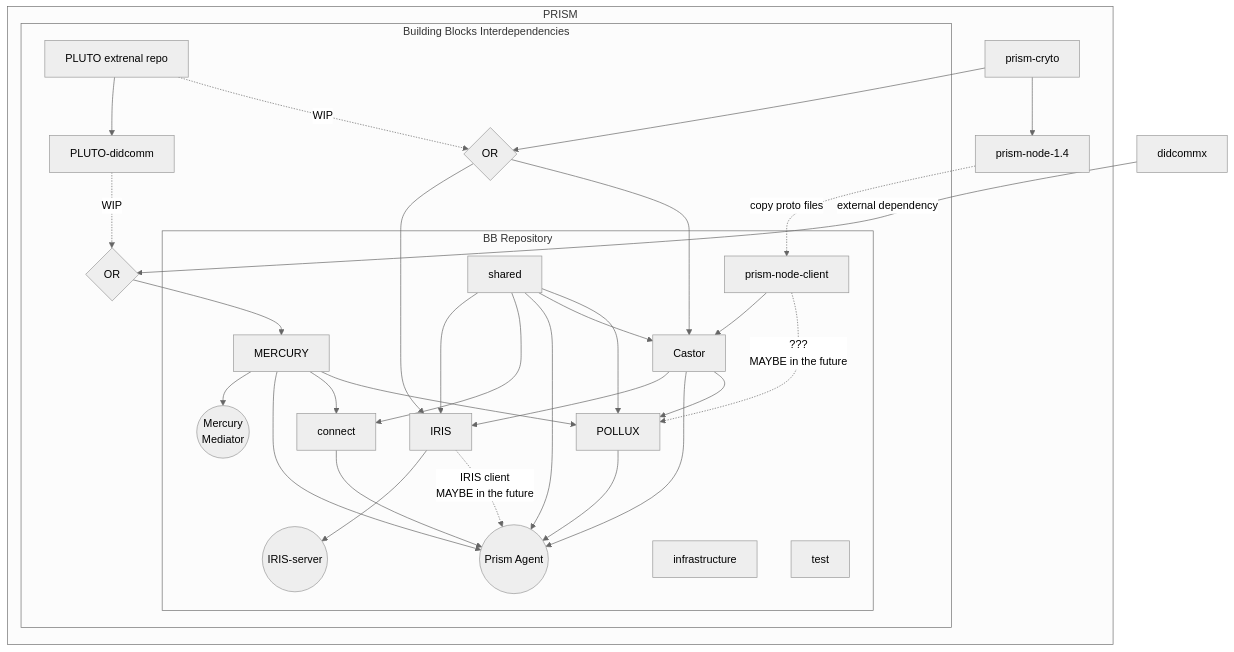
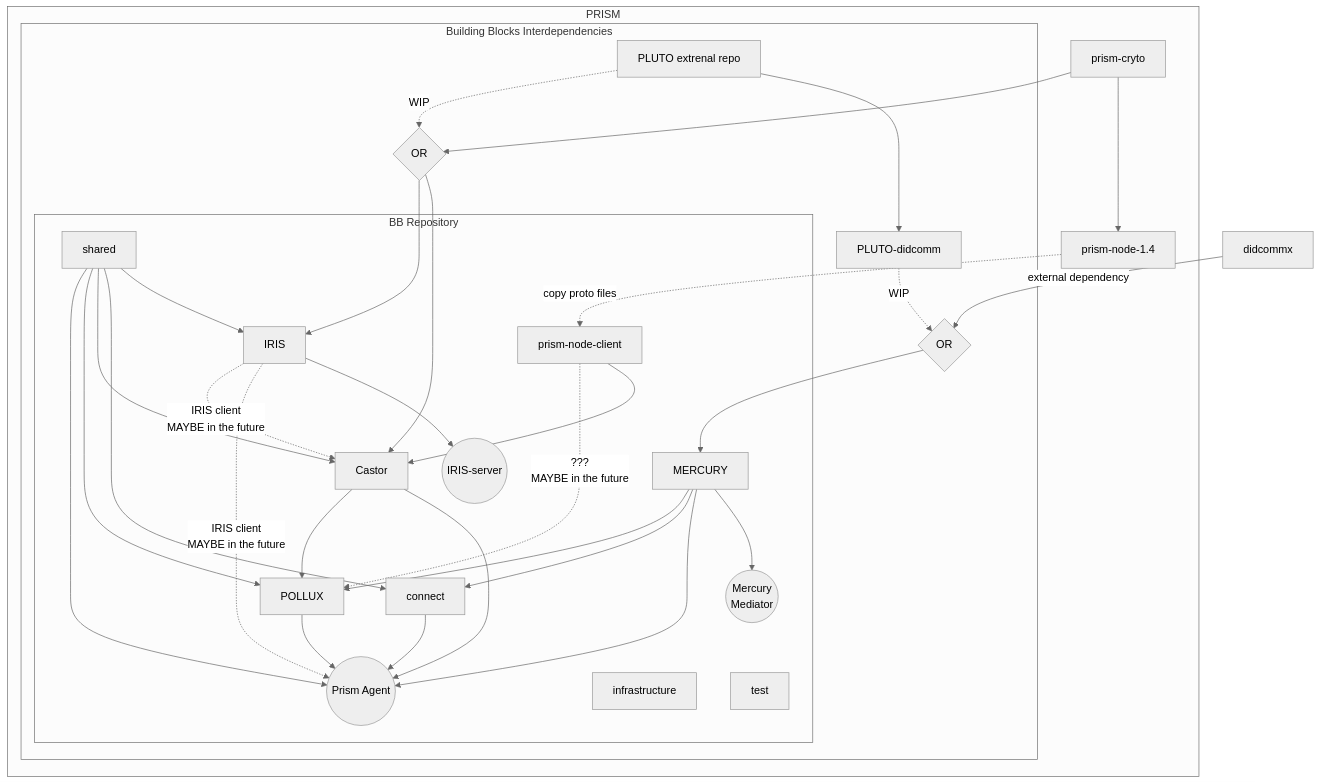
The diagram in Interdependencies.md (hyperledger/identus-cloud-agent), drawn with Mermaid (neutral theme) before and after one commit.

Commit message:
iris and castor fixes

````diff
--- a/Interdependencies.md
+++ b/Interdependencies.md
@@ -7,70 +7,71 @@
 ```mermaid
 flowchart
   PLUTO-didcomm -.WIP.-> OR1{OR} 
   didcommx --external dependency--> OR1{OR} 
 
   subgraph PRISM
     prism-cryto --> prism-node-1.4
     prism-cryto --> OR2{OR}
     prism-node-1.4 -.copy proto files.-> prism-node
 
     subgraph BB[Building Blocks Interdependencies]
 
 
       pluto -.WIP.-> OR2{OR}
       pluto --> PLUTO-didcomm
 
       OR1 --> mercury
 
+      OR2 ---> iris
       OR2 --> castor
-      OR2 ----> iris
 
       subgraph REPO [BB Repository]
         prism-node -.???\nMAYBE in the future.-> pollux
         prism-node --> castor
 
+        iris -.IRIS client\nMAYBE in the future.-> castor
         iris -.IRIS client\nMAYBE in the future.-> prism-agent
         iris --> iris-server
 
+        shared --> prism-agent
         shared --> pollux
         shared --> castor
-        shared --> prism-agent
         shared --> connect
         shared --> iris
         
         mercury --> pollux
         mercury --> connect
         mercury --> prism-agent
         mercury --> mediator
 
         connect --> prism-agent
 
         castor --> pollux
         castor --> prism-agent
-        castor --> iris
+        %%castor --> iris
 
         pollux --> prism-agent
 
         infrastructure
         test
       end
     end
   end
 
   
 
 %% All 
 castor[Castor]
 connect
 infrastructure
 iris[IRIS]
 iris-server((IRIS-server))
 mercury[MERCURY]
 mediator((Mercury\nMediator))
 pluto[PLUTO extrenal repo]
 pollux[POLLUX]
 prism-agent((Prism Agent))
 prism-node[prism-node-client]
 shared
 test
 ```
````
